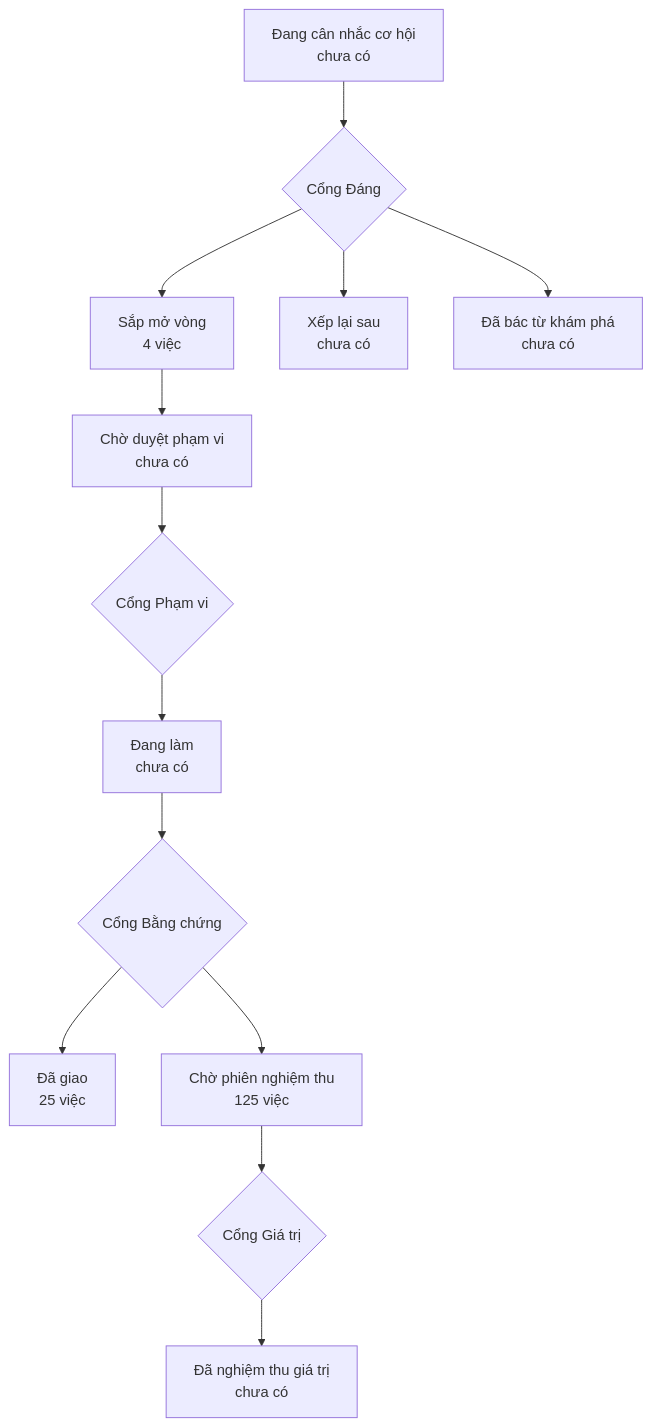
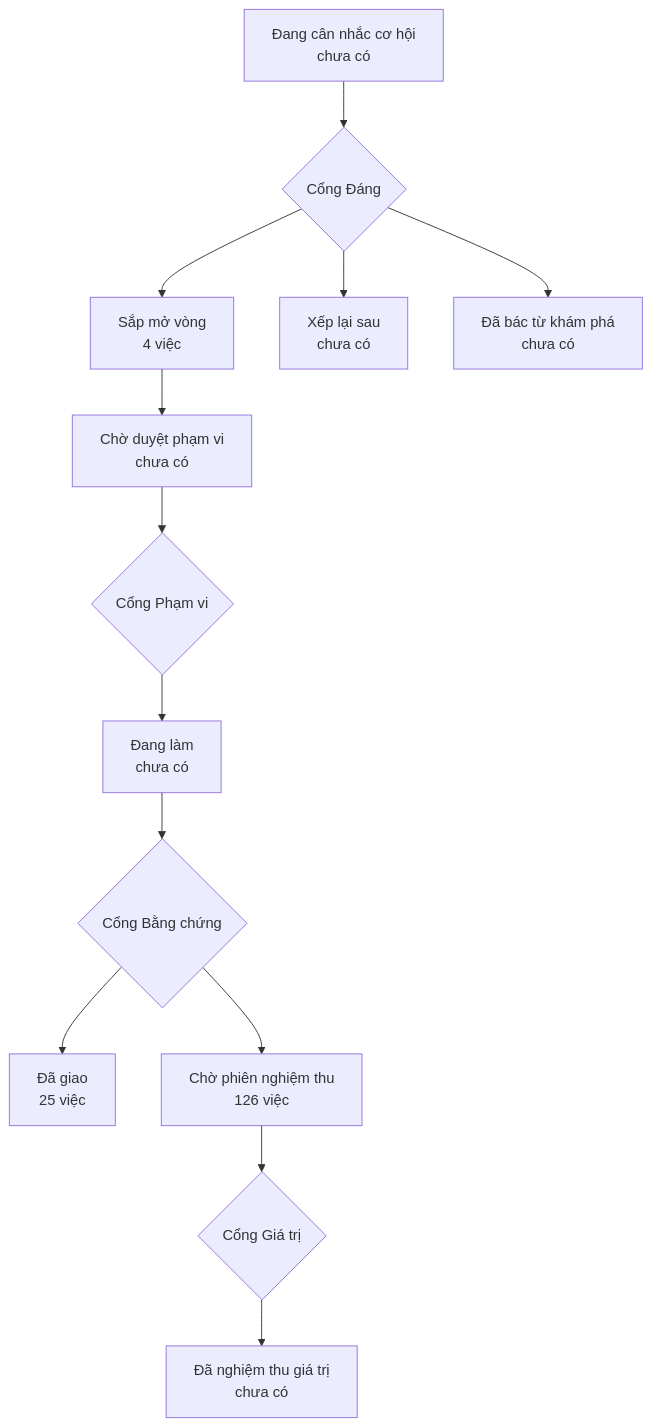
The diagram in PRODUCT-MAP.md (phanlemanh/onehub-quy-hang), drawn with Mermaid before and after one commit. The commit also changed other lines of this file and 1 other file, not shown here.

Commit message:
chore: vẽ lại bản đồ sau gộp main (#205)

````diff
--- a/PRODUCT-MAP.md
+++ b/PRODUCT-MAP.md
@@ -7,12 +7,12 @@
 ```mermaid
 flowchart TD
   A["Đang cân nhắc cơ hội<br/>chưa có"] --> GD{"Cổng Đáng"}
   GD --> B["Sắp mở vòng<br/>4 việc"]
   GD --> XL["Xếp lại sau<br/>chưa có"]
   GD --> DB["Đã bác từ khám phá<br/>chưa có"]
   B --> CD["Chờ duyệt phạm vi<br/>chưa có"] --> GP{"Cổng Phạm vi"}
   GP --> DL["Đang làm<br/>chưa có"] --> GB{"Cổng Bằng chứng"}
   GB --> DG["Đã giao<br/>25 việc"]
-  GB --> CN["Chờ phiên nghiệm thu<br/>125 việc"] --> GG{"Cổng Giá trị"}
+  GB --> CN["Chờ phiên nghiệm thu<br/>126 việc"] --> GG{"Cổng Giá trị"}
   GG --> NT["Đã nghiệm thu giá trị<br/>chưa có"]
 ```
````
